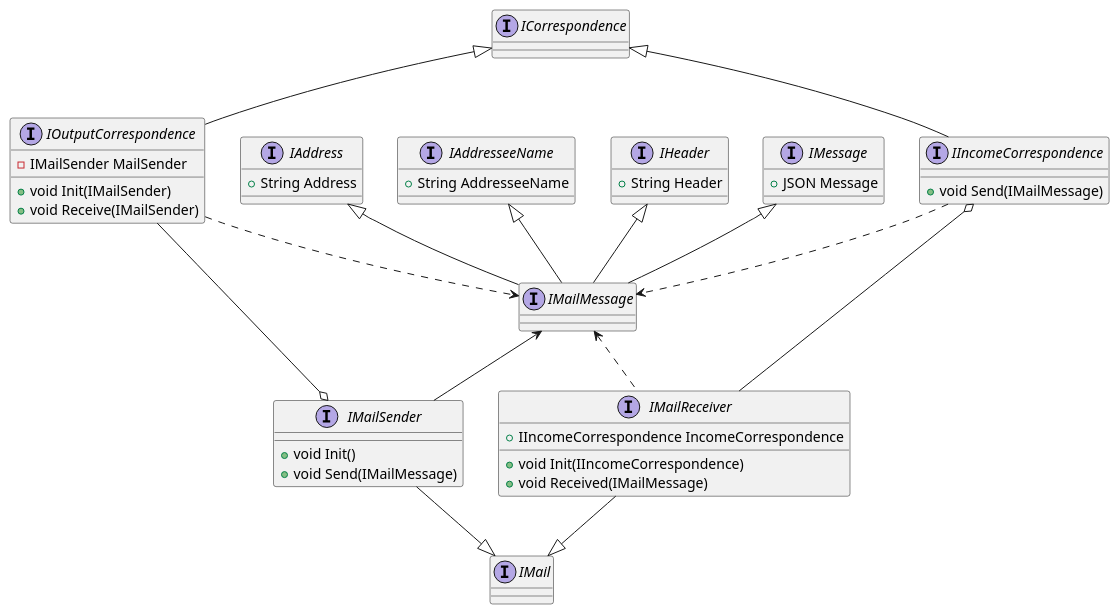
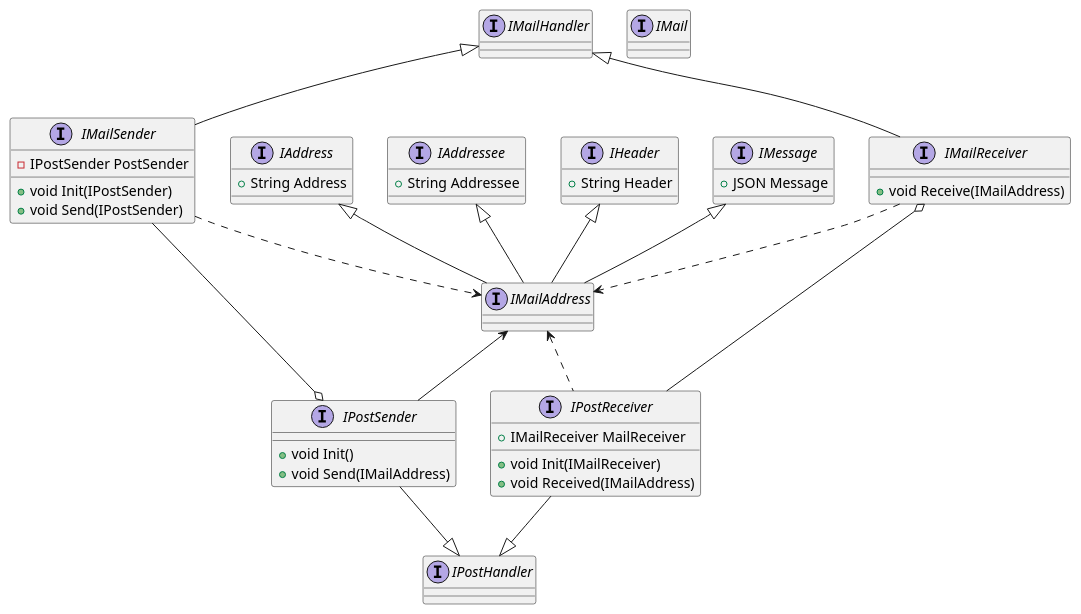
One commit to DenisGeek/soerbot changed the diagram in src/API/Diagram/API.Core.Diagram.puml. Above: the diagram before and after it, drawn with PlantUML.

Commit message:
Renamed almost all

```diff
--- a/src/API/Diagram/API.Core.Diagram.puml
+++ b/src/API/Diagram/API.Core.Diagram.puml
@@ -1,77 +1,81 @@
 @startuml
 scale 1
 ' skinparam classAttributeIconSize 0
 
 interface IAddress
 {
     + String Address 
 }
-interface IAddresseeName
+interface IAddressee
 {
-    + String AddresseeName
+    + String Addressee
 } 
+
+interface IMailAddress
+{
+}
+
 interface IHeader
 {
     + String Header 
 }
 interface IMessage
 {
     + JSON Message
 }
-interface IMailMessage
-{
-
-}
-
-
-interface ICorrespondence
-{
-}
-interface IOutputCorrespondence
-{
-    - IMailSender MailSender
-    + void Init(IMailSender)
-    + void Receive(IMailSender)
-}
-interface IMailSender
-{
-    + void Init()
-    + void Send(IMailMessage)
-}
-
-
-interface IIncomeCorrespondence
-{
-    + void Send(IMailMessage)
-}
-interface IMailReceiver
-{
-    + IIncomeCorrespondence IncomeCorrespondence
-    + void Init(IIncomeCorrespondence)
-    + void Received(IMailMessage)
-}
 
 interface IMail
 {
 }
 
-IMessage <|-- IMailMessage
-IHeader <|-- IMailMessage
-IAddresseeName <|-- IMailMessage
-IAddress <|-- IMailMessage
+interface IMailHandler
+{
+}
+interface IMailSender
+{
+    - IPostSender PostSender
+    + void Init(IPostSender)
+    + void Send(IPostSender)
+}
+interface IPostSender
+{
+    + void Init()
+    + void Send(IMailAddress)
+}
 
-ICorrespondence <|-- IIncomeCorrespondence
-ICorrespondence <|-- IOutputCorrespondence
 
-IOutputCorrespondence ..> IMailMessage
-IIncomeCorrespondence ..> IMailMessage
-IMailMessage <-- IMailSender
-IMailMessage <.. IMailReceiver
+interface IMailReceiver
+{
+    + void Receive(IMailAddress)
+}
+interface IPostReceiver
+{
+    + IMailReceiver MailReceiver
+    + void Init(IMailReceiver)
+    + void Received(IMailAddress)
+}
 
-IOutputCorrespondence --o IMailSender
-IIncomeCorrespondence o-- IMailReceiver
+interface IPostHandler
+{
+}
 
-IMailReceiver --|> IMail
-IMailSender  --|> IMail
+IMessage <|-- IMailAddress
+IHeader <|-- IMailAddress
+IAddressee <|-- IMailAddress
+IAddress <|-- IMailAddress
+
+IMailHandler <|-- IMailReceiver
+IMailHandler <|-- IMailSender
+
+IMailSender ..> IMailAddress
+IMailReceiver ..> IMailAddress
+IMailAddress <-- IPostSender
+IMailAddress <.. IPostReceiver
+
+IMailSender --o IPostSender
+IMailReceiver o-- IPostReceiver
+
+IPostReceiver --|> IPostHandler
+IPostSender  --|> IPostHandler
 
 @enduml
```
